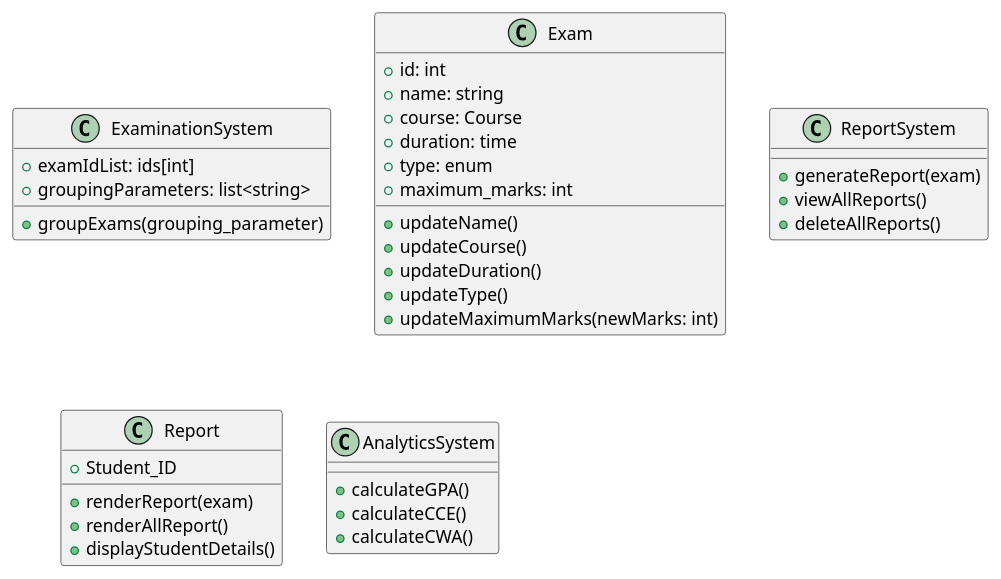
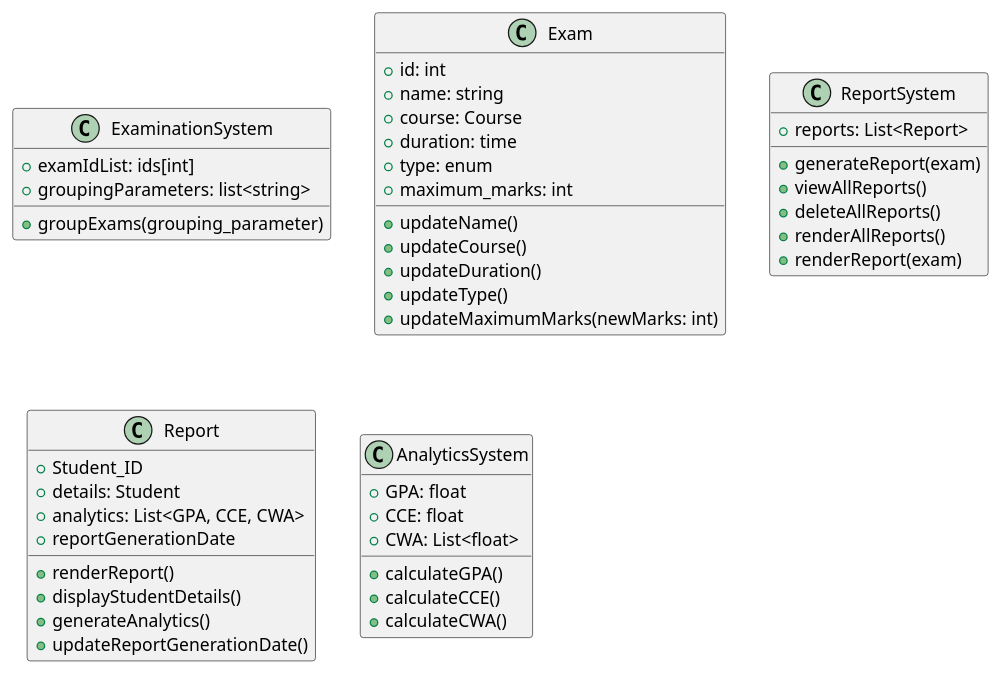
One commit to anshium/DASS-Assignment-3-IMS-System-Design changed the diagram in examinations.plantuml. Above: the diagram before and after it, drawn with PlantUML.

Commit message:
update examination system

```diff
--- a/examinations.plantuml
+++ b/examinations.plantuml
@@ -1,45 +1,59 @@
 @startuml examinations
 
 class ExaminationSystem {
 	+ examIdList: ids[int]
 	+ groupingParameters: list<string>
 	+ groupExams(grouping_parameter)
 }
 
 class Exam {
 	+ id: int
 	+ name: string
 	' Use the course class
 	+ course: Course
 	+ duration: time
 	+ type: enum
 	+ maximum_marks: int
 
 	+ updateName()
 	+ updateCourse()
 	+ updateDuration()
 	+ updateType()
 	+ updateMaximumMarks(newMarks: int)
 }
 
 class ReportSystem {
+	+ reports: List<Report>
+
+
 	+ generateReport(exam)
 	+ viewAllReports()
 	+ deleteAllReports()
+	+ renderAllReports()
+	+ renderReport(exam)
 }
 
 class Report {
 	+ Student_ID
+	+ details: Student
+	+ analytics: List<GPA, CCE, CWA>
+	+ reportGenerationDate
+
 	'Would get the details via student ID'
-	+ renderReport(exam)
-	+ renderAllReport()
+	+ renderReport()
 	+ displayStudentDetails()
+	+ generateAnalytics()
+	+ updateReportGenerationDate()
 }
 
 class AnalyticsSystem {
+	+ GPA: float 
+	+ CCE: float
+	+ CWA: List<float>
+
 	+ calculateGPA()
 	+ calculateCCE()
 	+ calculateCWA()
 }
 
 @enduml
```
